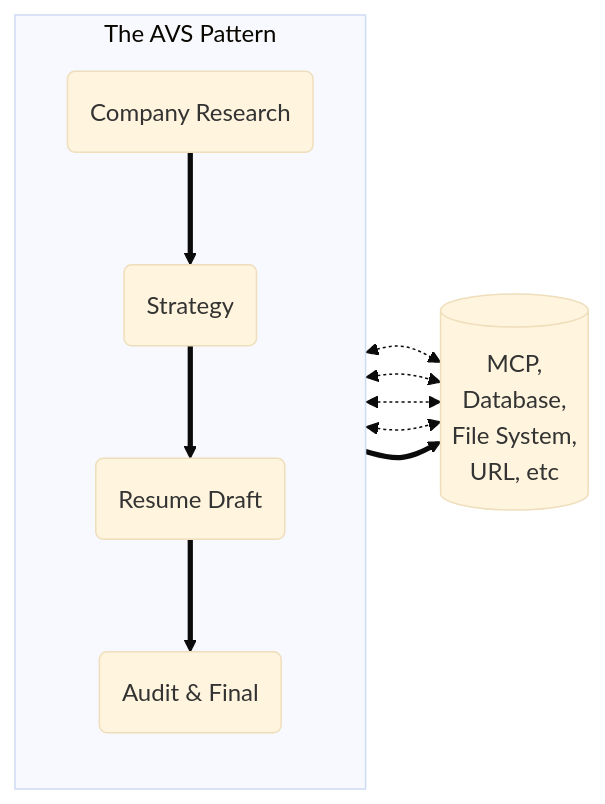
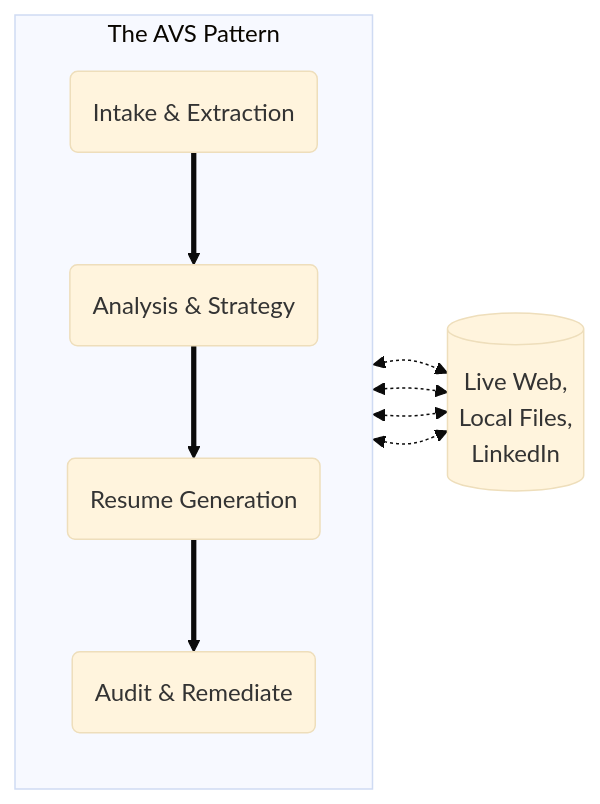
The diagram in value-stories/job-hunting/readme.md (AVS-Orchestration/avs-standard-library), drawn with Mermaid (base theme) before and after one commit. The commit also changed other lines of this file and 4 other files, not shown here.

````diff
--- a/value-stories/job-hunting/readme.md
+++ b/value-stories/job-hunting/readme.md
@@ -11,22 +7,18 @@
 ```mermaid
 graph LR
     subgraph Process [The AVS Pattern]
         direction TB
-        VS-004(Company Research)
-        VS-001(Strategy)
-        VS-002(Resume Draft)
-        VS-003(Audit & Final)
+        VS-000(Intake & Extraction)
+        VS-001(Analysis & Strategy)
+        VS-002(Resume Generation)
+        VS-003(Audit & Remediate)
         
-        %% Vertical flow connections
-        VS-004 ==> VS-001 ==> VS-002 ==> VS-003 
+        VS-000 ==> VS-001 ==> VS-002 ==> VS-003 
     end
-
-    Context[(MCP,<br>Database,<br>File System,<br>URL, etc)]
-
-    %% Connections to the right
-    VS-004 <-.-> Context
+    Context[(Live Web,<br>Local Files,<br>LinkedIn)]
+    VS-000 <-.-> Context
     VS-001 <-.-> Context
     VS-002 <-.-> Context
     VS-003 <-.-> Context
-    VS-003 ==> Context
+
 ```
````
